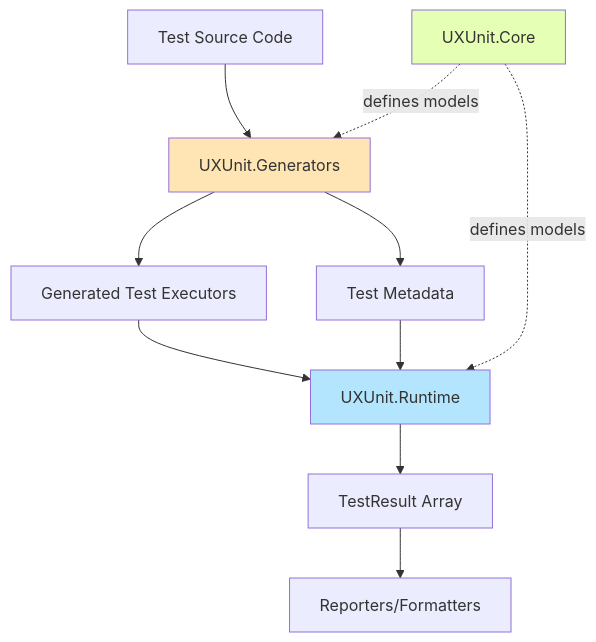
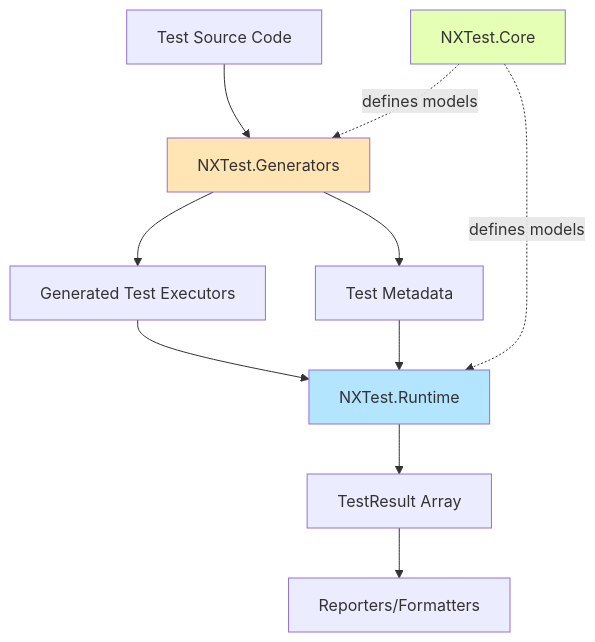
The diagram in docs/design.md (agocke/uxunit), drawn with Mermaid before and after one commit. The commit also changed other lines of this file and 104 other files, not shown here.

````diff
--- a/docs/design.md
+++ b/docs/design.md
@@ -25,17 +25,17 @@
 ```mermaid
 graph TB
-    A[Test Source Code] --> B[UXUnit.Generators]
+    A[Test Source Code] --> B[NXTest.Generators]
     B --> C[Generated Test Executors]
     B --> D[Test Metadata]
-    C --> E[UXUnit.Runtime]
+    C --> E[NXTest.Runtime]
     D --> E
     E --> F[TestResult Array]
     F --> G[Reporters/Formatters]
 
-    H[UXUnit.Core] -.defines models.-> B
+    H[NXTest.Core] -.defines models.-> B
     H -.defines models.-> E
 
     style B fill:#FFE5B4
     style E fill:#B4E5FF
     style H fill:#E5FFB4
 ```
````
